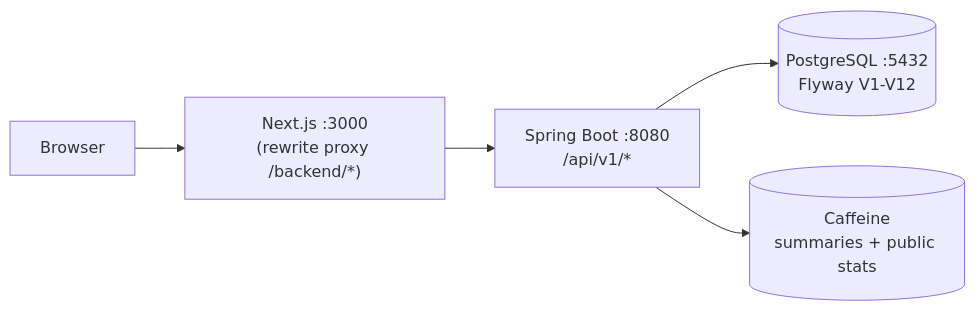
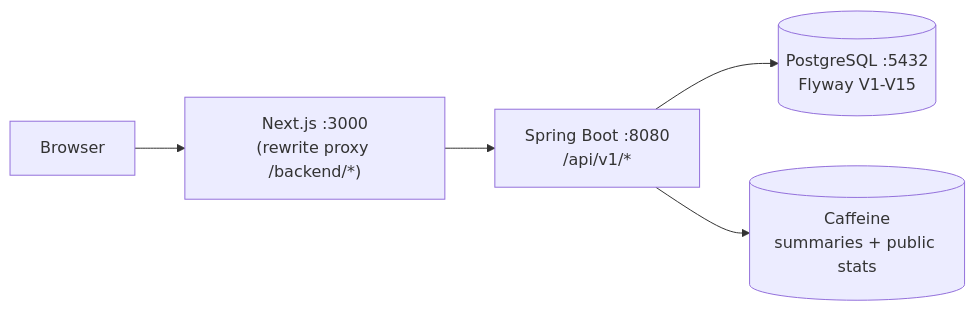
The diagram in README.md (azerish25-ux/online-banking-simulator), drawn with Mermaid before and after one commit. The commit also changed other lines of this file and 3 other files, not shown here.

````diff
--- a/README.md
+++ b/README.md
@@ -34,7 +34,7 @@
 ```mermaid
 flowchart LR
     Browser --> Next["Next.js :3000<br/>(rewrite proxy /backend/*)"]
     Next --> API["Spring Boot :8080<br/>/api/v1/*"]
-    API --> PG[("PostgreSQL :5432<br/>Flyway V1-V12")]
+    API --> PG[("PostgreSQL :5432<br/>Flyway V1-V15")]
     API --> Cache[("Caffeine<br/>summaries + public stats")]
 ```
````
